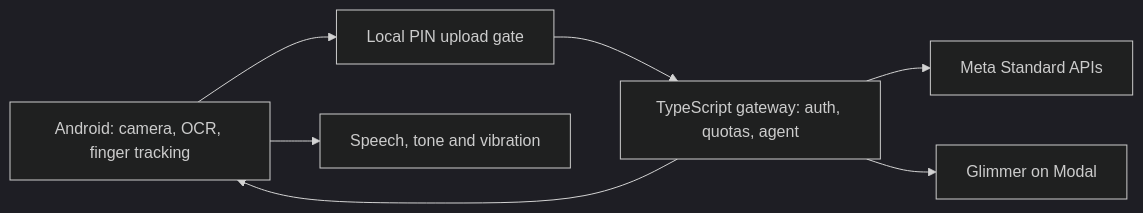
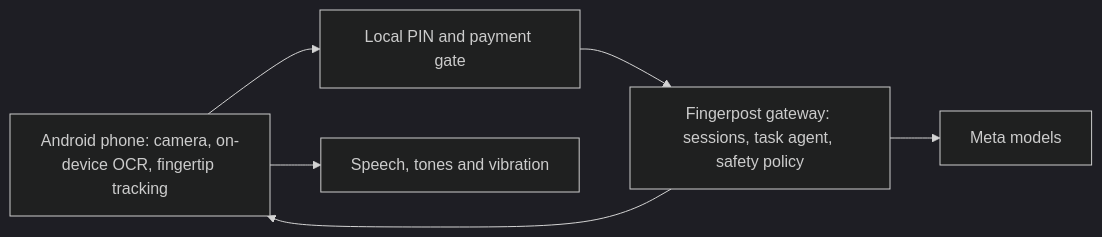
One commit to Sky-walkerX/fingerpost changed the diagram in README.md. Above: the diagram before and after it, drawn with Mermaid (dark theme). The commit also changed other lines of this file, not shown here.

````diff
--- a/README.md
+++ b/README.md
@@ -11,9 +14,8 @@
 ```mermaid
 flowchart LR
-    Phone[Android: camera, OCR, finger tracking] --> Gate[Local PIN upload gate]
-    Gate --> Gateway[TypeScript gateway: auth, quotas, agent]
-    Gateway --> Meta[Meta Standard APIs]
-    Gateway --> Private[Glimmer on Modal]
+    Phone[Android phone: camera, on-device OCR, fingertip tracking] --> Gate[Local PIN and payment gate]
+    Gate --> Gateway[Fingerpost gateway: sessions, task agent, safety policy]
+    Gateway --> Meta[Meta models]
     Gateway --> Phone
-    Phone --> Cues[Speech, tone and vibration]
+    Phone --> Cues[Speech, tones and vibration]
 ```
````
